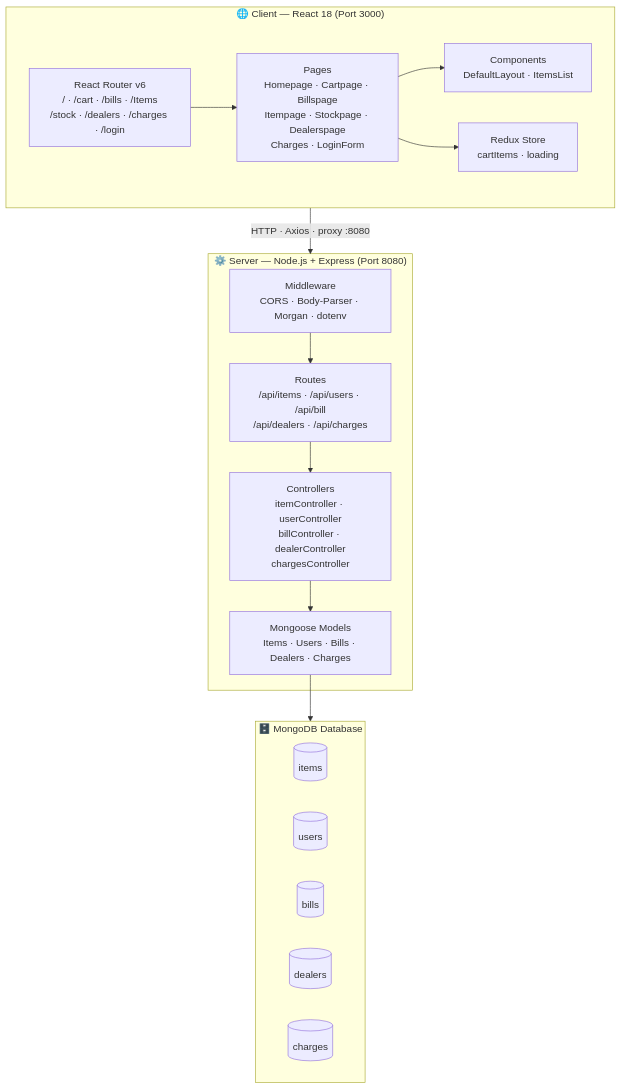
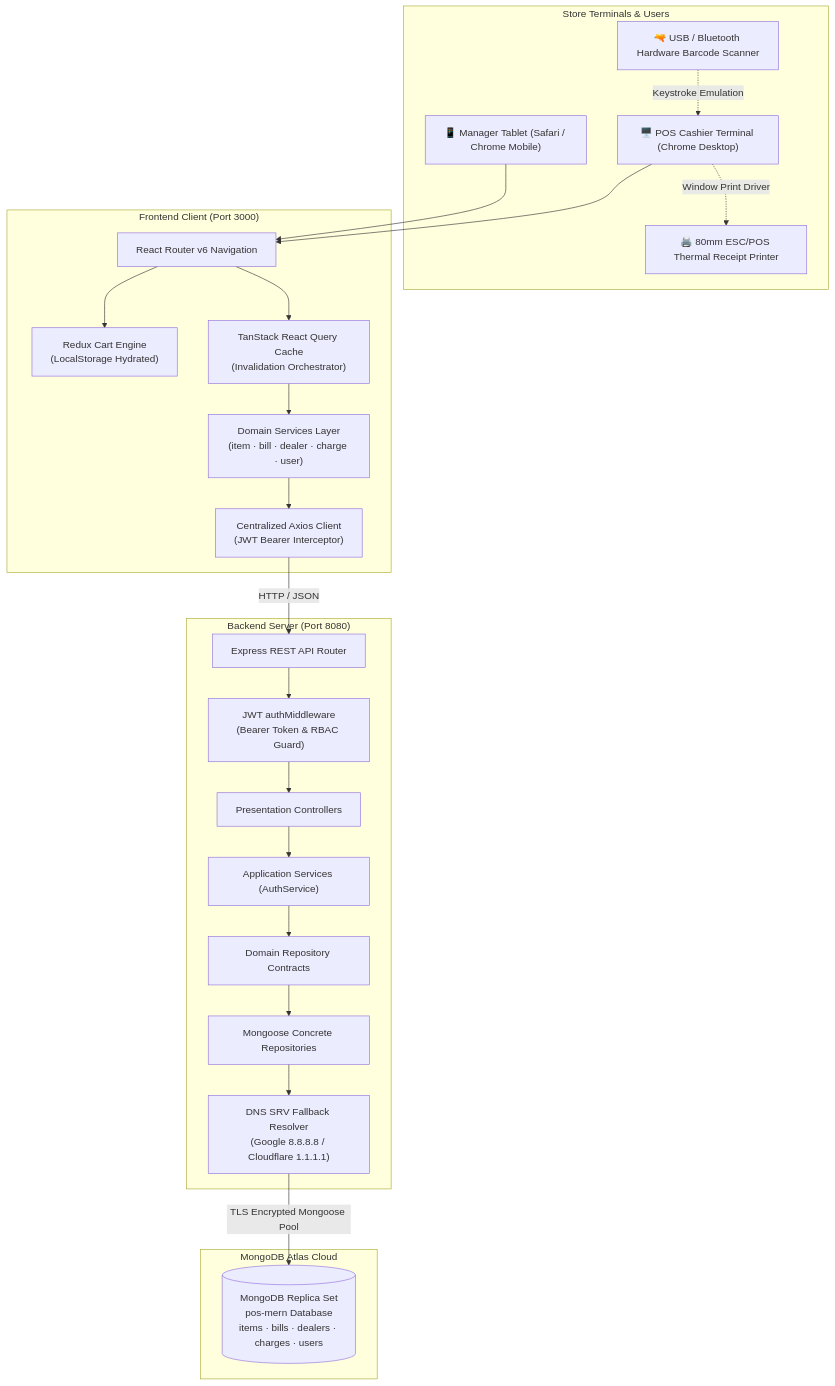
One commit to Haiderali445/mern-pos changed the first of 5 diagrams in README.md. Above: the diagram before and after it, drawn with Mermaid. The commit also changed other lines of this file and 113 other files, not shown here.

Commit message:
feat(architecture): implement clean multi-tier architecture, RBAC, calculators, services, and enterprise documentation

````diff
--- a/README.md
+++ b/README.md
@@ -50,33 +112,49 @@
 ```mermaid
 graph TB
-    subgraph CLIENT["🌐 Client — React 18 (Port 3000)"]
-        PAGES["Pages\nHomepage · Cartpage · Billspage\nItempage · Stockpage · Dealerspage\nCharges · LoginForm"]
-        COMP["Components\nDefaultLayout · ItemsList"]
-        REDUX["Redux Store\ncartItems · loading"]
-        ROUTER["React Router v6\n/ · /cart · /bills · /Items\n/stock · /dealers · /charges · /login"]
-        PAGES --> COMP
-        PAGES --> REDUX
-        ROUTER --> PAGES
+    subgraph Users["Store Terminals & Users"]
+        Desktop["🖥️ POS Cashier Terminal (Chrome Desktop)"]
+        Tablet["📱 Manager Tablet (Safari / Chrome Mobile)"]
+        Scanner["🔫 USB / Bluetooth Hardware Barcode Scanner"]
+        Printer["🖨️ 80mm ESC/POS Thermal Receipt Printer"]
+        Scanner -.->|Keystroke Emulation| Desktop
+        Desktop -.->|Window Print Driver| Printer
     end
 
-    subgraph SERVER["⚙️ Server — Node.js + Express (Port 8080)"]
-        MIDDLEWARE["Middleware\nCORS · Body-Parser · Morgan · dotenv"]
-        ROUTES["Routes\n/api/items · /api/users · /api/bill\n/api/dealers · /api/charges"]
-        CONTROLLERS["Controllers\nitemController · userController\nbillController · dealerController\nchargesController"]
-        MODELS["Mongoose Models\nItems · Users · Bills · Dealers · Charges"]
-        MIDDLEWARE --> ROUTES
-        ROUTES --> CONTROLLERS
-        CONTROLLERS --> MODELS
+    subgraph ClientApp["Frontend Client (Port 3000)"]
+        ReactRouter["React Router v6 Navigation"]
+        ReduxCart["Redux Cart Engine\n(LocalStorage Hydrated)"]
+        ReactQuery["TanStack React Query Cache\n(Invalidation Orchestrator)"]
+        Services["Domain Services Layer\n(item · bill · dealer · charge · user)"]
+        Axios["Centralized Axios Client\n(JWT Bearer Interceptor)"]
+        
+        Desktop --> ReactRouter
+        Tablet --> ReactRouter
+        ReactRouter --> ReduxCart
+        ReactRouter --> ReactQuery
+        ReactQuery --> Services
+        Services --> Axios
     end
 
-    subgraph DB["🗄️ MongoDB Database"]
-        COL1[("items")]
-        COL2[("users")]
-        COL3[("bills")]
-        COL4[("dealers")]
-        COL5[("charges")]
+    subgraph BackendApp["Backend Server (Port 8080)"]
+        ExpressRouter["Express REST API Router"]
+        SecurityMid["JWT authMiddleware\n(Bearer Token & RBAC Guard)"]
+        Controllers["Presentation Controllers"]
+        AppServices["Application Services (AuthService)"]
+        RepoContracts["Domain Repository Contracts"]
+        MongoRepos["Mongoose Concrete Repositories"]
+        DNSResolver["DNS SRV Fallback Resolver\n(Google 8.8.8.8 / Cloudflare 1.1.1.1)"]
+
+        Axios -->|HTTP / JSON| ExpressRouter
+        ExpressRouter --> SecurityMid
+        SecurityMid --> Controllers
+        Controllers --> AppServices
+        AppServices --> RepoContracts
+        RepoContracts --> MongoRepos
+        MongoRepos --> DNSResolver
     end
 
-    CLIENT -->|"HTTP · Axios · proxy :8080"| SERVER
-    MODELS --> DB
+    subgraph DatabaseCluster["MongoDB Atlas Cloud"]
+        MongoCluster[("MongoDB Replica Set\npos-mern Database\nitems · bills · dealers · charges · users")]
+        DNSResolver -->|TLS Encrypted Mongoose Pool| MongoCluster
+    end
 ```
````
